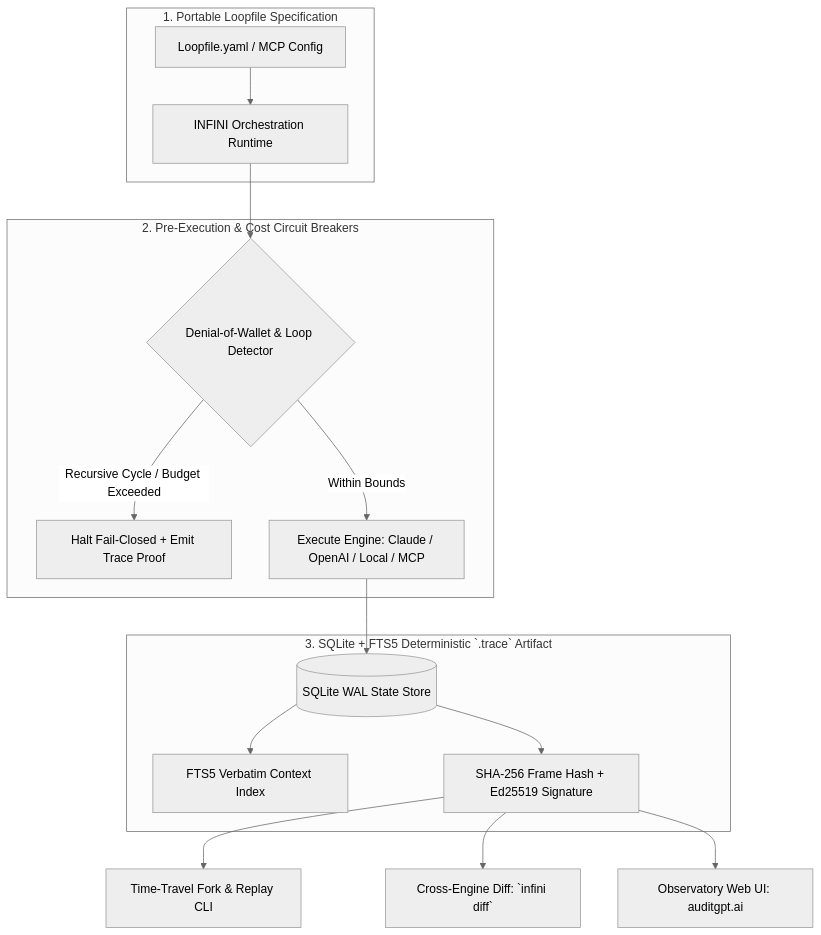
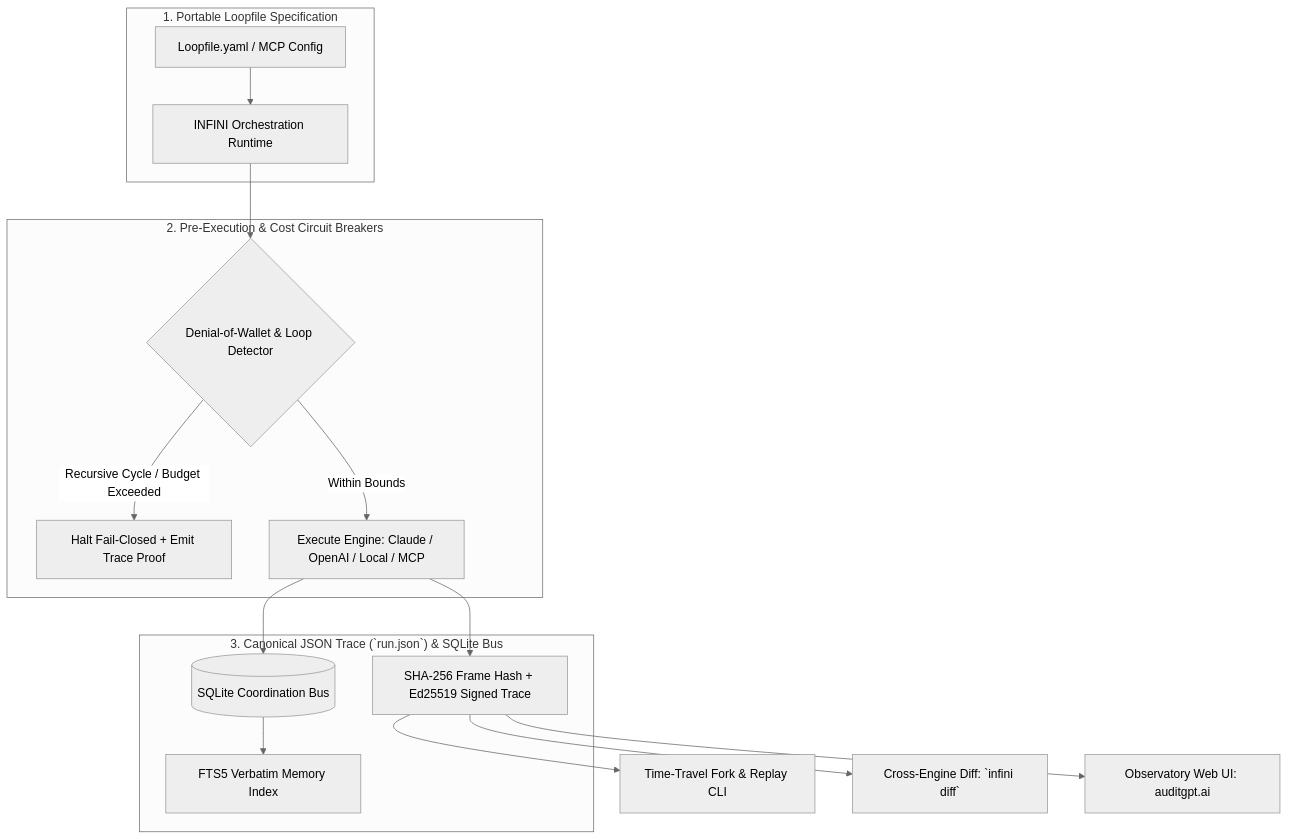
Before and after one commit to NickAltstein/infini: the diagram in README.md, drawn with Mermaid (neutral theme). The commit also changed other lines of this file and 1 other file, not shown here.

Commit message:
docs: unify trace format and document level 4 loop brakes

````diff
--- a/README.md
+++ b/README.md
@@ -19,22 +19,22 @@
 ```mermaid
 flowchart TB
     subgraph Spec ["1. Portable Loopfile Specification"]
         A[Loopfile.yaml / MCP Config] --> B[INFINI Orchestration Runtime]
     end
 
     subgraph Guard ["2. Pre-Execution & Cost Circuit Breakers"]
         B --> C{Denial-of-Wallet & Loop Detector}
         C -->|Recursive Cycle / Budget Exceeded| D[Halt Fail-Closed + Emit Trace Proof]
         C -->|Within Bounds| E[Execute Engine: Claude / OpenAI / Local / MCP]
     end
 
-    subgraph Ledger ["3. SQLite + FTS5 Deterministic `.trace` Artifact"]
-        E --> F[(SQLite WAL State Store)]
-        F --> G[FTS5 Verbatim Context Index]
-        F --> H[SHA-256 Frame Hash + Ed25519 Signature]
+    subgraph Ledger ["3. Canonical JSON Trace (`run.json`) & SQLite Bus"]
+        E --> F[(SQLite Coordination Bus)]
+        F --> G[FTS5 Verbatim Memory Index]
+        E --> H[SHA-256 Frame Hash + Ed25519 Signed Trace]
     end
 
     H --> I[Time-Travel Fork & Replay CLI]
     H --> J[Cross-Engine Diff: `infini diff`]
     H --> K[Observatory Web UI: auditgpt.ai]
 ```
````
